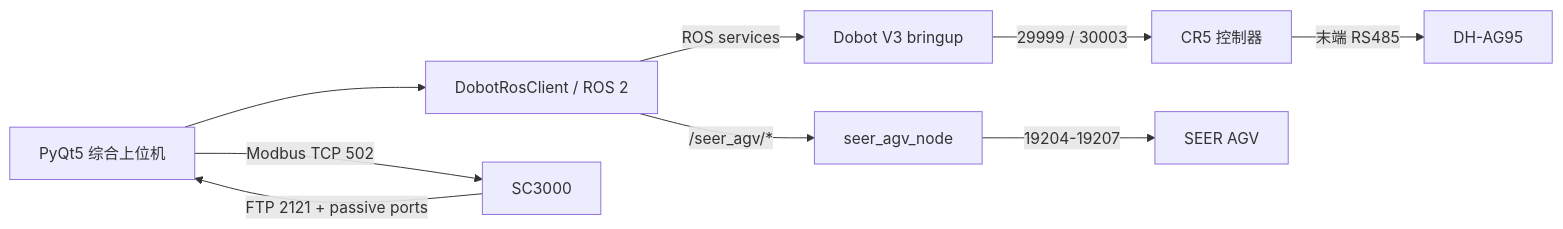
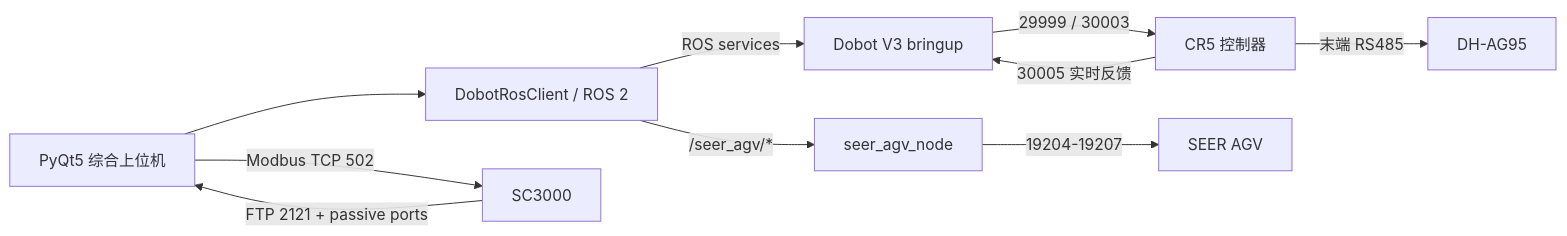
One commit to zhousx598/cr5-sc3000-seer-operator changed the diagram in README.md. Above: the diagram before and after it, drawn with Mermaid. The commit also changed other lines of this file and 47 other files, not shown here.

````diff
--- a/README.md
+++ b/README.md
@@ -26,18 +28,19 @@
 ```mermaid
 flowchart LR
     GUI[PyQt5 综合上位机]
     ROS[DobotRosClient / ROS 2]
     DB[Dobot V3 bringup]
     ARM[CR5 控制器]
     GRIP[DH-AG95]
     CAM[SC3000]
     AGVN[seer_agv_node]
     AGV[SEER AGV]
 
     GUI --> ROS
     ROS -->|ROS services| DB -->|29999 / 30003| ARM
+    ARM -->|30005 实时反馈| DB
     ARM -->|末端 RS485| GRIP
     CAM -->|FTP 2121 + passive ports| GUI
     GUI -->|Modbus TCP 502| CAM
     ROS -->|/seer_agv/*| AGVN -->|19204-19207| AGV
 ```
````
